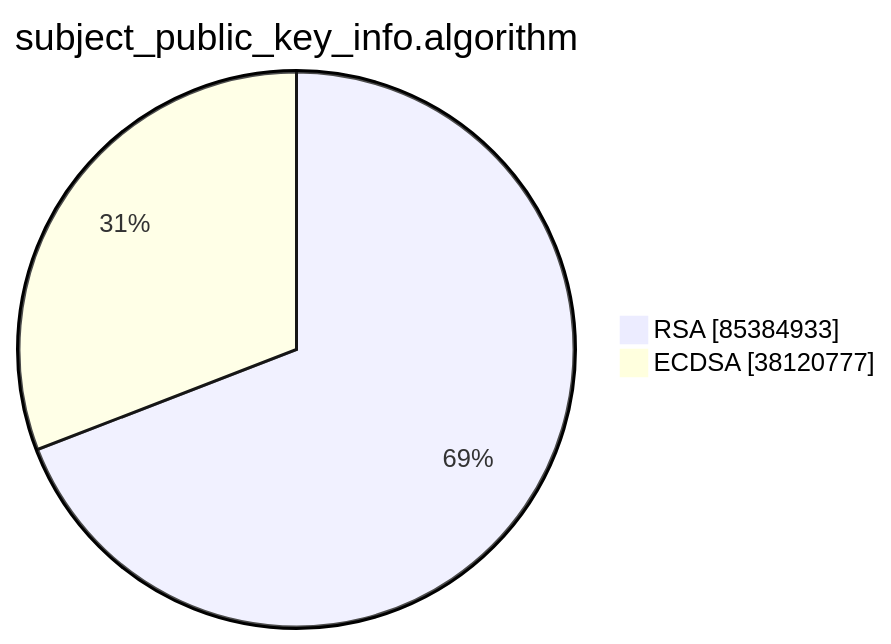
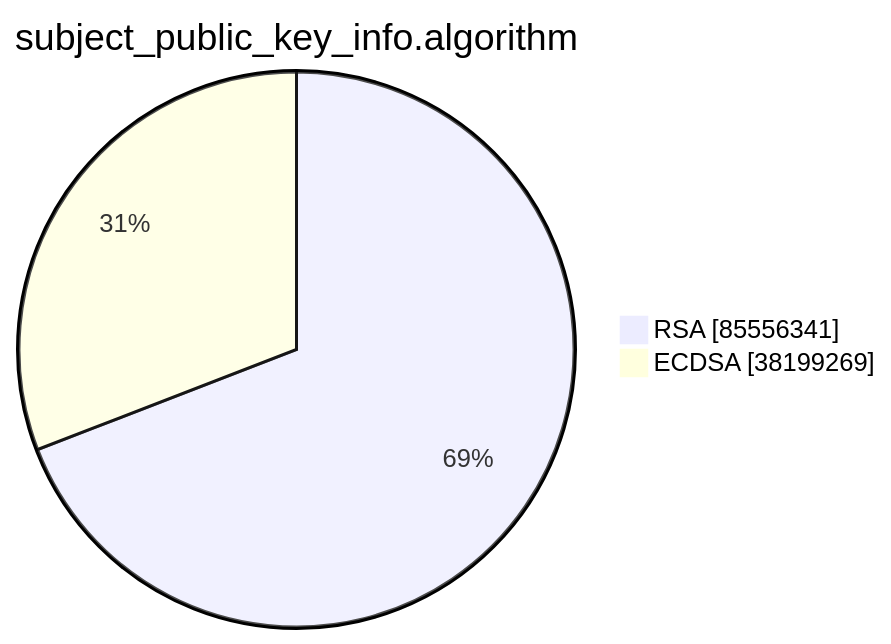
The second of 15 diagrams in xenon2023/README.md (christiankrug/ctmonitor_visualization), drawn with Mermaid before and after one commit. The commit also changed other lines of this file, not shown here.

````diff
--- a/xenon2023/README.md
+++ b/xenon2023/README.md
@@ -6,6 +6,6 @@
 ```mermaid
 pie showData
 title subject_public_key_info.algorithm
-"RSA" :85384933
-"ECDSA" :38120777
+"RSA" :85556341
+"ECDSA" :38199269
 ```
````
